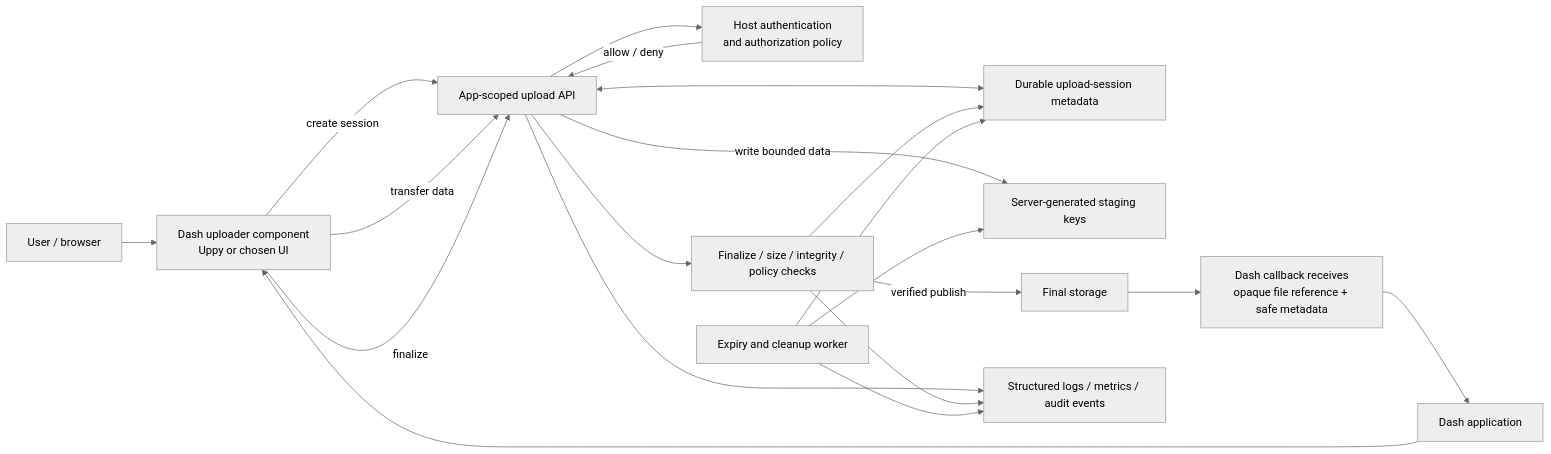
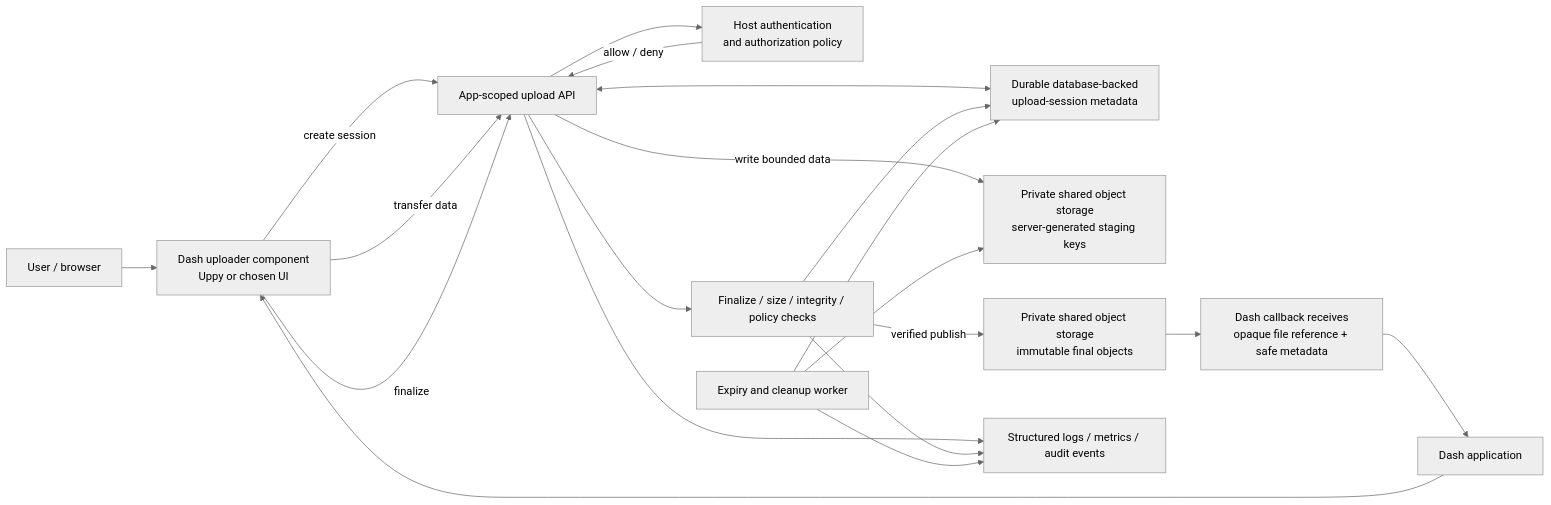
The diagram in blueprint/target-architecture.mmd (rakrsh/dash-file-uploader), drawn with Mermaid (neutral theme) before and after one commit. The commit also changed 5 other files, not shown here.

```diff
--- a/blueprint/target-architecture.mmd
+++ b/blueprint/target-architecture.mmd
@@ -1,33 +1,33 @@
 flowchart LR
   User["User / browser"]
   Dash["Dash application"]
   Component["Dash uploader component<br/>Uppy or chosen UI"]
   Auth["Host authentication<br/>and authorization policy"]
   API["App-scoped upload API"]
-  Session["Durable upload-session metadata"]
-  Staging["Server-generated staging keys"]
+  Session["Durable database-backed<br/>upload-session metadata"]
+  Staging["Private shared object storage<br/>server-generated staging keys"]
   Verify["Finalize / size / integrity / policy checks"]
-  Final["Final storage"]
+  Final["Private shared object storage<br/>immutable final objects"]
   Callback["Dash callback receives<br/>opaque file reference + safe metadata"]
   Cleanup["Expiry and cleanup worker"]
   Observability["Structured logs / metrics / audit events"]
 
   User --> Component
   Dash --> Component
   Component -->|"create session"| API
   API --> Auth
   Auth -->|"allow / deny"| API
   API <--> Session
   Component -->|"transfer data"| API
   API -->|"write bounded data"| Staging
   Component -->|"finalize"| API
   API --> Verify
   Verify -->|"verified publish"| Final
   Verify --> Session
   Final --> Callback
   Callback --> Dash
   Cleanup --> Session
   Cleanup --> Staging
   API --> Observability
   Verify --> Observability
   Cleanup --> Observability
```
